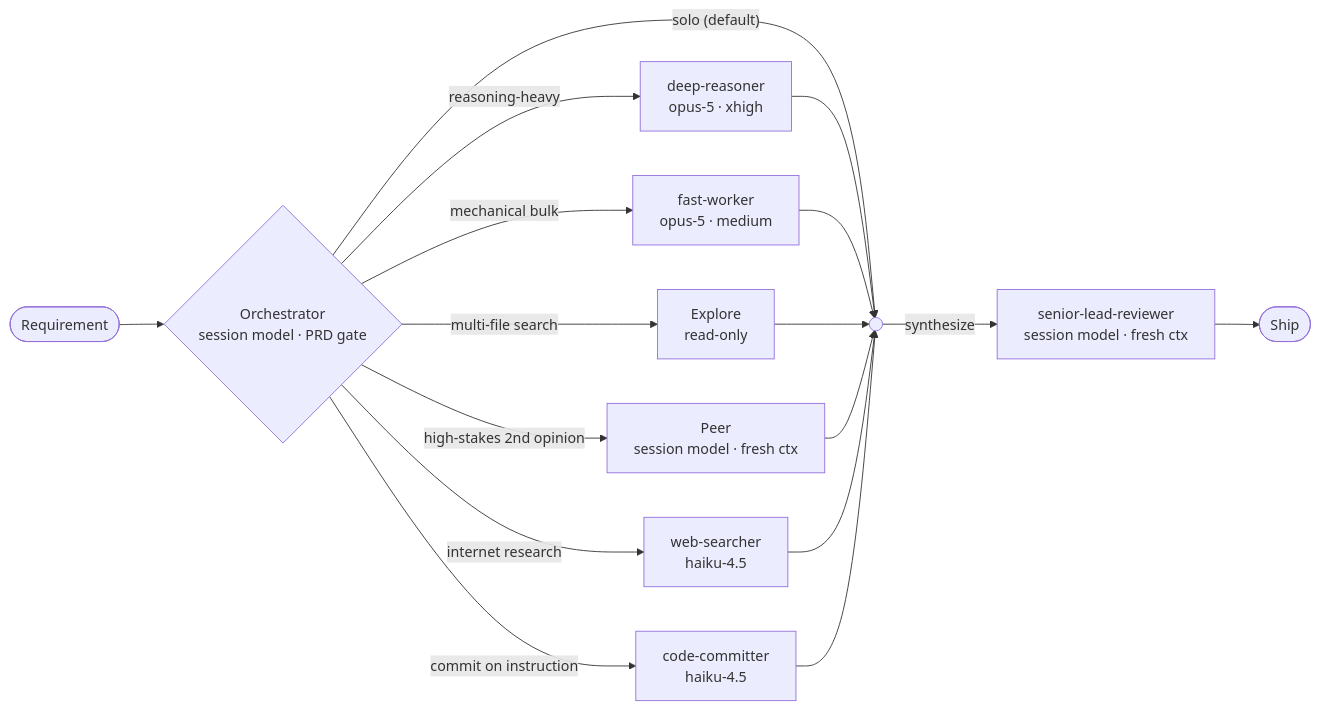
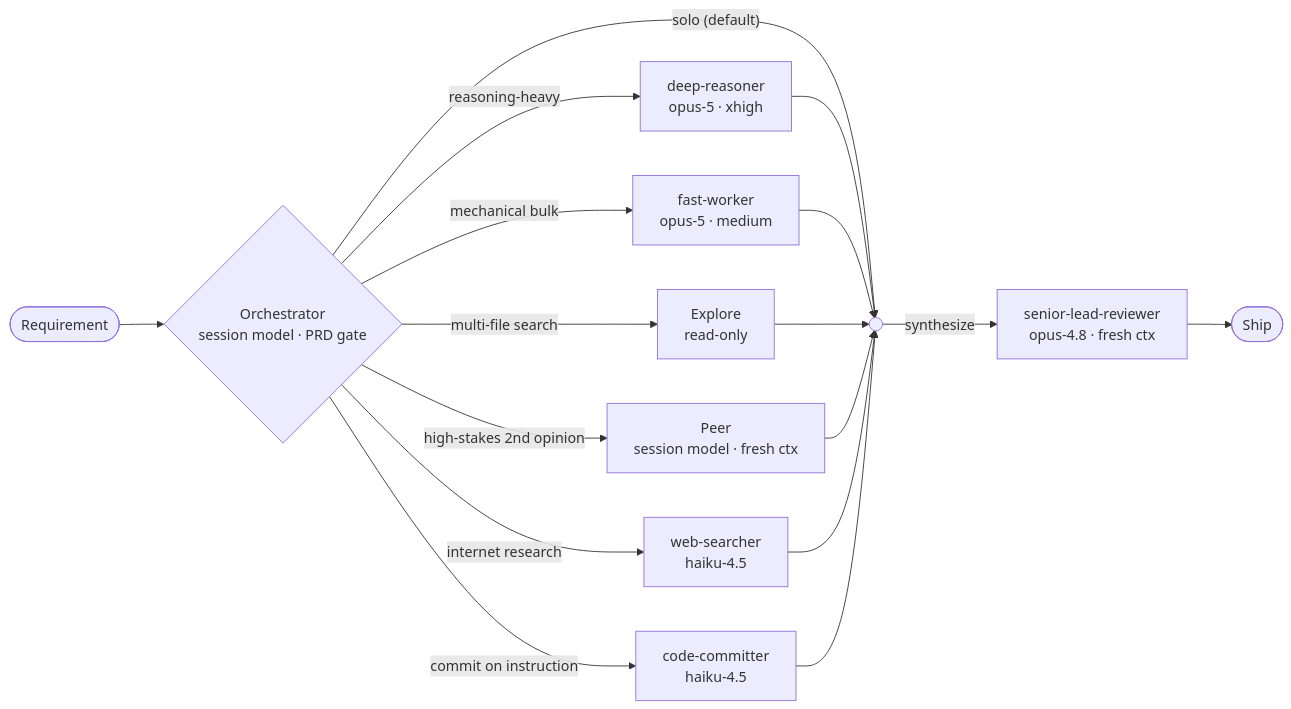
Before and after one commit to wonpanu/ai-harness: the diagram in README.md, drawn with Mermaid. The commit also changed other lines of this file and 3 other files, not shown here.

Commit message:
senior-lead-reviewer: restore claude-opus-4-8 pin; align docs

````diff
--- a/README.md
+++ b/README.md
@@ -18,20 +18,20 @@
 ```mermaid
 flowchart LR
     REQ([Requirement]) --> ORCH
     ORCH{"Orchestrator<br/>session model · PRD gate"}
     ORCH -->|"solo (default)"| SYN(( ))
     ORCH -->|reasoning-heavy| DEEP["deep-reasoner<br/>opus-5 · xhigh"]
     ORCH -->|mechanical bulk| FAST["fast-worker<br/>opus-5 · medium"]
     ORCH -->|multi-file search| EXP["Explore<br/>read-only"]
     ORCH -->|high-stakes 2nd opinion| PEER["Peer<br/>session model · fresh ctx"]
     ORCH -->|internet research| WEB["web-searcher<br/>haiku-4.5"]
     ORCH -->|commit on instruction| COMMIT["code-committer<br/>haiku-4.5"]
     DEEP --> SYN
     FAST --> SYN
     EXP --> SYN
     PEER --> SYN
     WEB --> SYN
     COMMIT --> SYN
-    SYN -->|synthesize| REV["senior-lead-reviewer<br/>session model · fresh ctx"]
+    SYN -->|synthesize| REV["senior-lead-reviewer<br/>opus-4.8 · fresh ctx"]
     REV --> SHIP([Ship])
 ```
````
